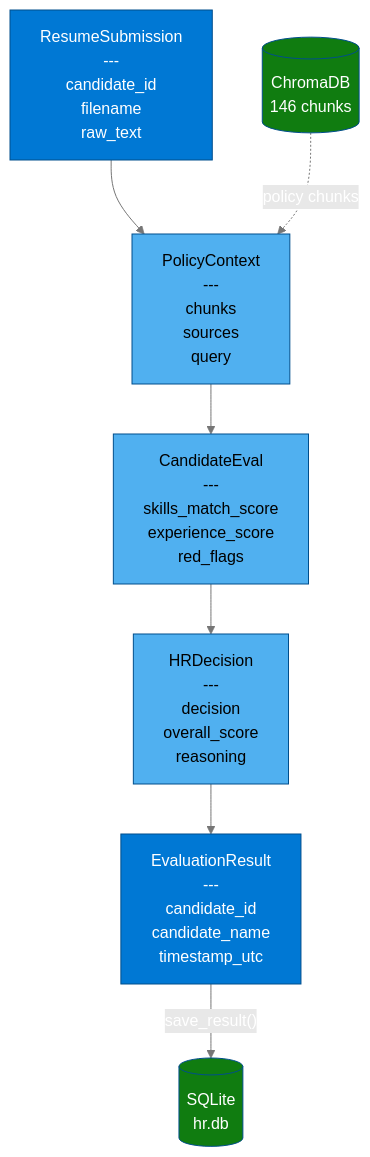
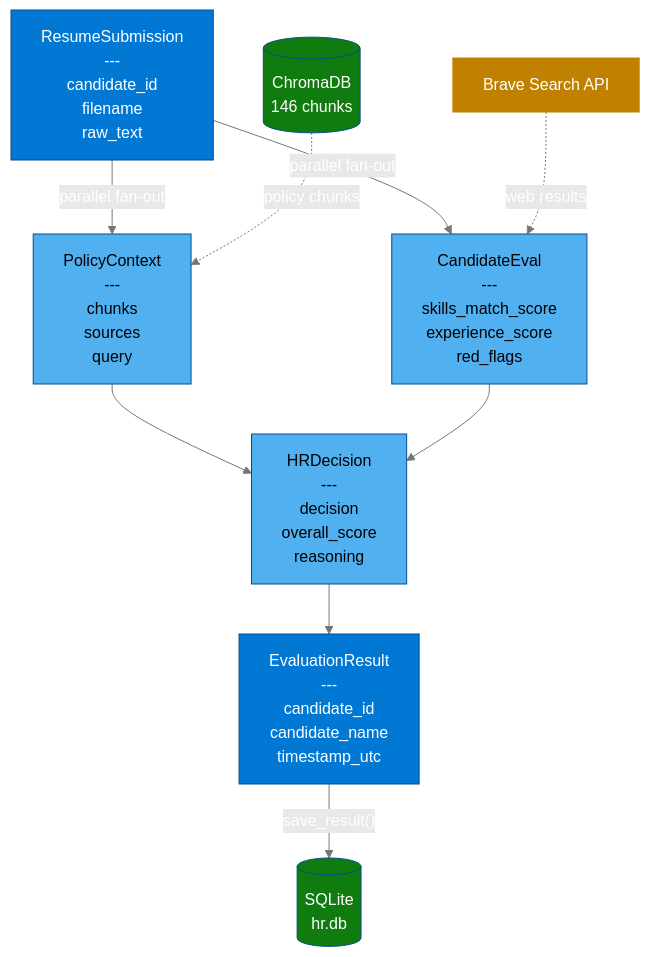
One commit to pythontime/agents2 changed the third of 4 diagrams in contoso-hr-agent/README.md. Above: the diagram before and after it, drawn with Mermaid. The commit also changed other lines of this file and 141 other files, not shown here.

````diff
--- a/contoso-hr-agent/README.md
+++ b/contoso-hr-agent/README.md
@@ -211,27 +232,31 @@
 ```mermaid
 %%{init: {'theme':'base','themeVariables':{'primaryColor':'#0078D4','primaryTextColor':'#FFFFFF','primaryBorderColor':'#004E8C','lineColor':'#767676','secondaryColor':'#E8E8E8','tertiaryColor':'#F3F2F1'}}}%%
 flowchart TD
     RS["ResumeSubmission<br/>---<br/>candidate_id<br/>filename<br/>raw_text"]
     PC["PolicyContext<br/>---<br/>chunks<br/>sources<br/>query"]
     CE["CandidateEval<br/>---<br/>skills_match_score<br/>experience_score<br/>red_flags"]
     HD["HRDecision<br/>---<br/>decision<br/>overall_score<br/>reasoning"]
     ER["EvaluationResult<br/>---<br/>candidate_id<br/>candidate_name<br/>timestamp_utc"]
 
     CHROMA[("ChromaDB<br/>146 chunks")]
+    BRAVE["Brave Search API"]
     SQLITE[("SQLite<br/>hr.db")]
 
-    RS --> PC
+    RS -->|"parallel fan-out"| PC
+    RS -->|"parallel fan-out"| CE
     CHROMA -.->|"policy chunks"| PC
-    PC --> CE
+    BRAVE -.->|"web results"| CE
+    PC --> HD
     CE --> HD
     HD --> ER
     ER -->|"save_result()"| SQLITE
 
     style RS fill:#0078D4,stroke:#004E8C,color:#FFFFFF
     style PC fill:#50B0F0,stroke:#004E8C,color:#000000
     style CE fill:#50B0F0,stroke:#004E8C,color:#000000
     style HD fill:#50B0F0,stroke:#004E8C,color:#000000
     style ER fill:#0078D4,stroke:#004E8C,color:#FFFFFF
     style CHROMA fill:#107C10,stroke:#004E8C,color:#FFFFFF
+    style BRAVE fill:#C08000,stroke:#C08000,color:#FFFFFF
     style SQLITE fill:#107C10,stroke:#004E8C,color:#FFFFFF
 ```
````
